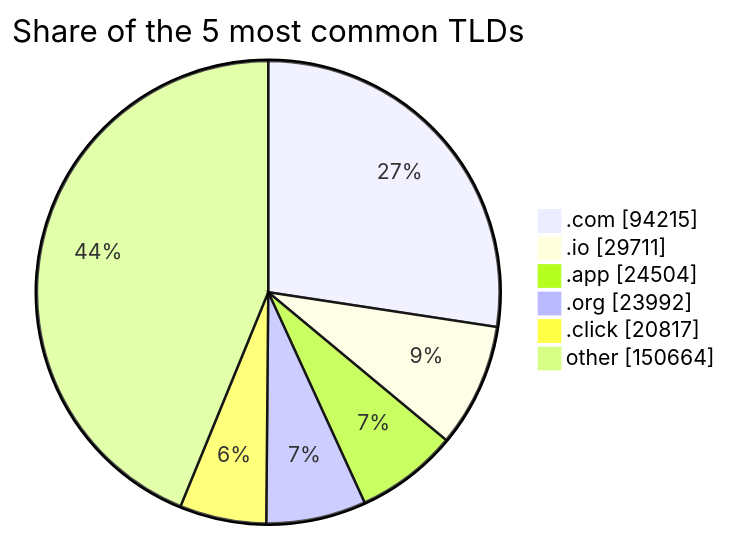
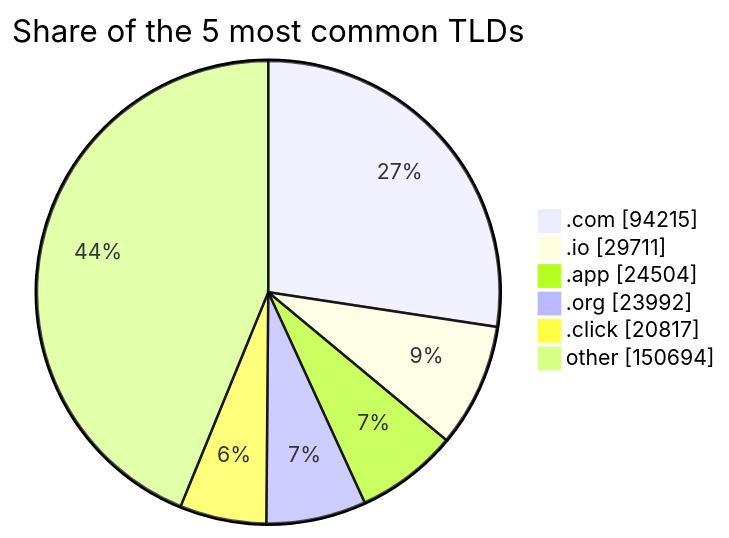
Before and after one commit to DNSBunker/CTI: the third of 3 diagrams in README.md, drawn with Mermaid. The commit also changed other lines of this file and 3 other files, not shown here.

````diff
--- a/README.md
+++ b/README.md
@@ -81,9 +81,9 @@
 ```mermaid
 pie showData title Share of the 5 most common TLDs
     ".com" : 94215
     ".io" : 29711
     ".app" : 24504
     ".org" : 23992
     ".click" : 20817
-    "other" : 150664
+    "other" : 150694
 ```
````
